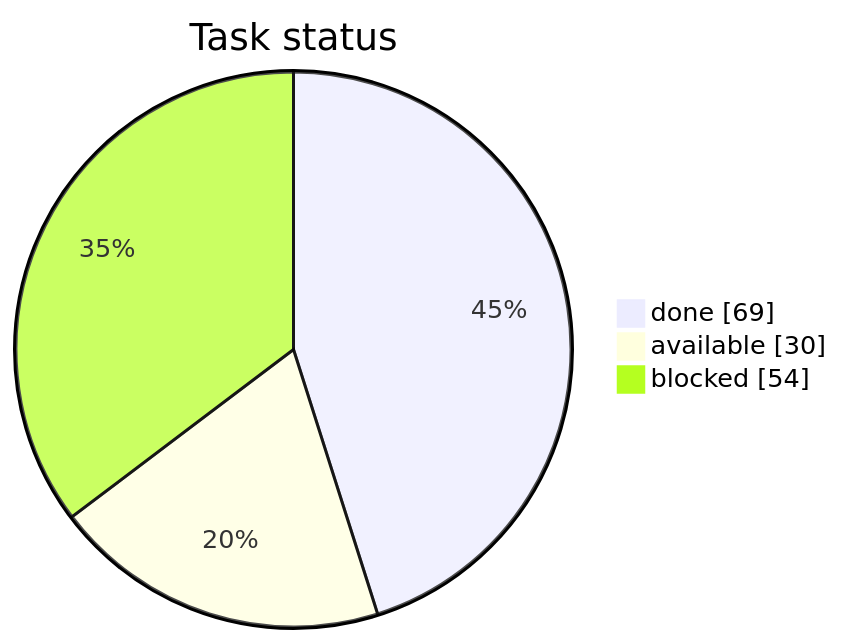
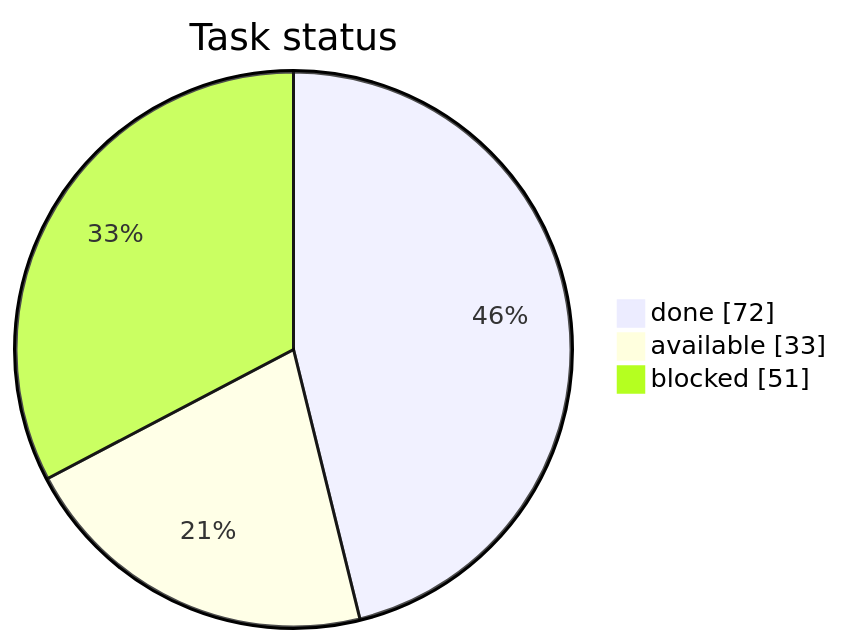
The first of 3 diagrams in STATUS.md (artemiiShabanov/RallyRivals), drawn with Mermaid before and after one commit. The commit also changed other lines of this file and 7 other files, not shown here.

````diff
--- a/STATUS.md
+++ b/STATUS.md
@@ -7,7 +7,7 @@
 ```mermaid
 pie showData
     title Task status
-    "done" : 69
-    "available" : 30
-    "blocked" : 54
+    "done" : 72
+    "available" : 33
+    "blocked" : 51
 ```
````
